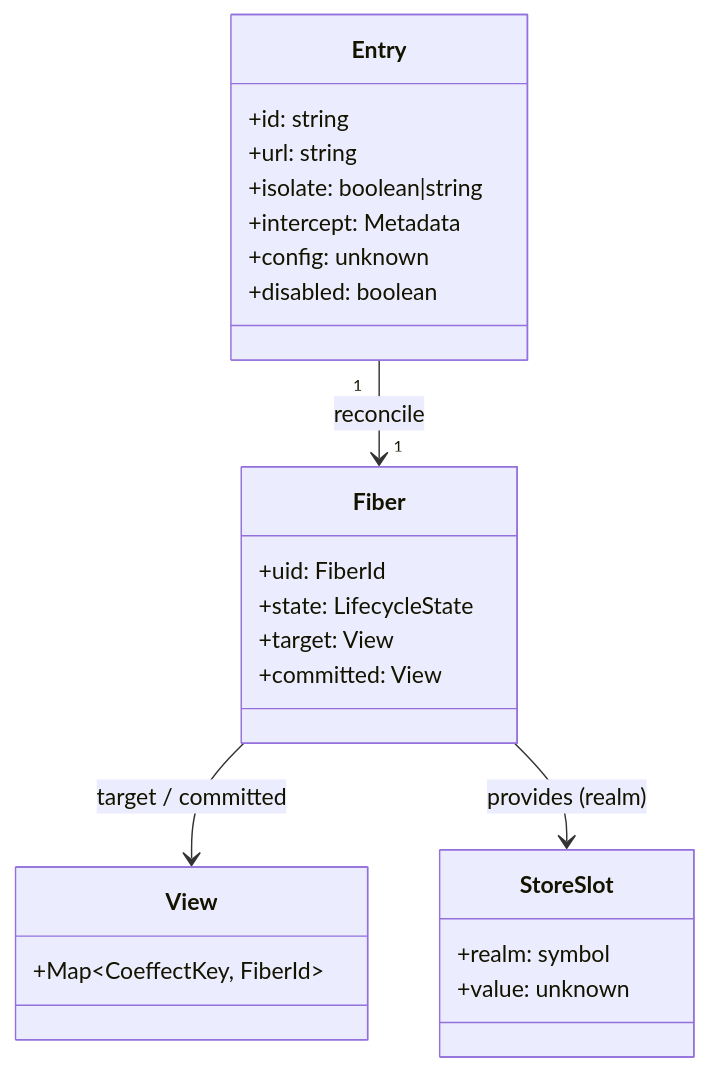
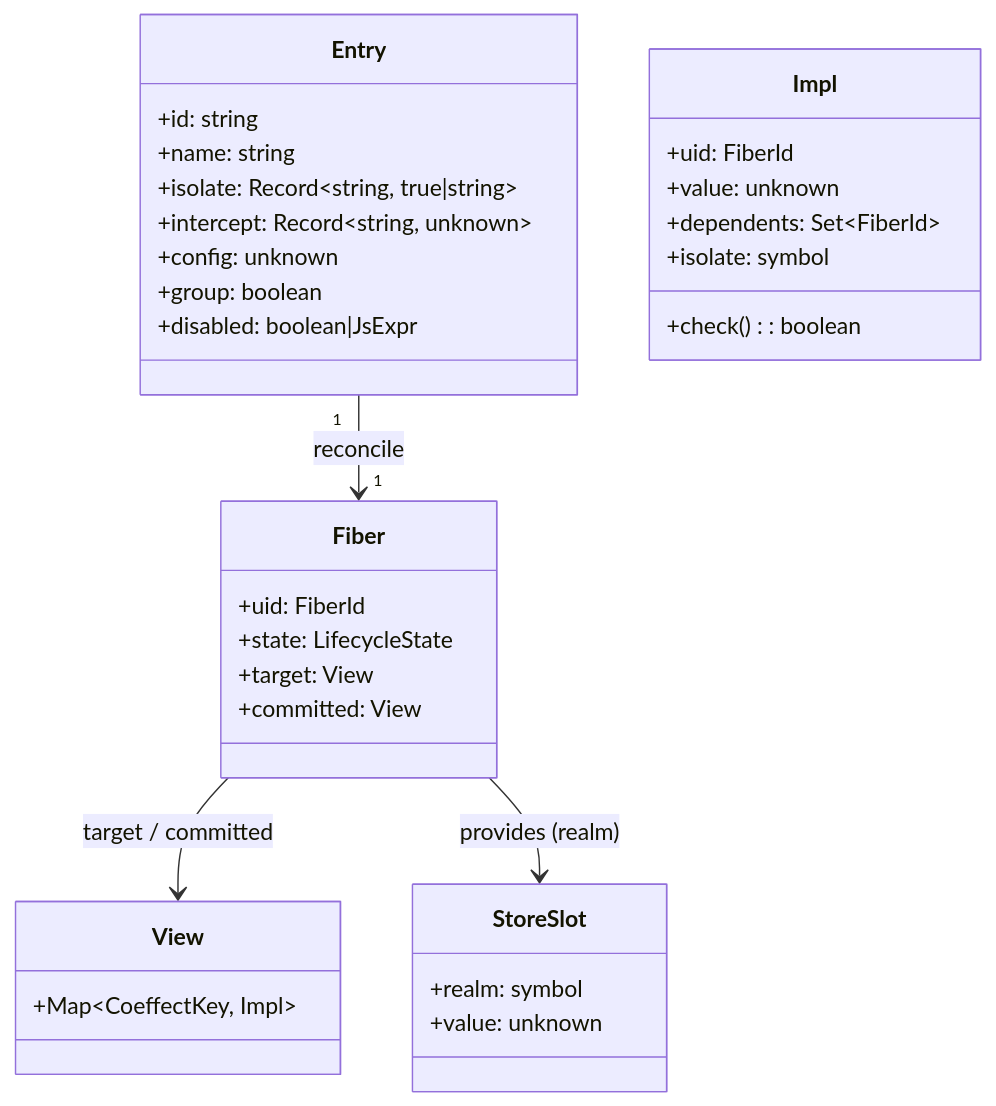
Before and after one commit to jesspig/zeta-agent: the second of 3 diagrams in docs/desgin/framework/components.md, drawn with Mermaid. The commit also changed other lines of this file and 22 other files, not shown here.

````diff
--- a/docs/desgin/framework/components.md
+++ b/docs/desgin/framework/components.md
@@ -164,27 +168,35 @@
 ```mermaid
 classDiagram
     class Entry {
       +id: string
-      +url: string
-      +isolate: boolean|string
-      +intercept: Metadata
+      +name: string
+      +isolate: Record~string, true|string~
+      +intercept: Record~string, unknown~
       +config: unknown
-      +disabled: boolean
+      +group: boolean
+      +disabled: boolean|JsExpr
     }
     class Fiber {
       +uid: FiberId
       +state: LifecycleState
       +target: View
       +committed: View
     }
     class View {
-      +Map~CoeffectKey, FiberId~
+      +Map~CoeffectKey, Impl~
+    }
+    class Impl {
+      +uid: FiberId
+      +value: unknown
+      +check(): boolean
+      +dependents: Set~FiberId~
+      +isolate: symbol
     }
     class StoreSlot {
       +realm: symbol
       +value: unknown
     }
     Entry "1" --> "1" Fiber : reconcile
     Fiber --> View : target / committed
     Fiber --> StoreSlot : provides (realm)
 ```
````
